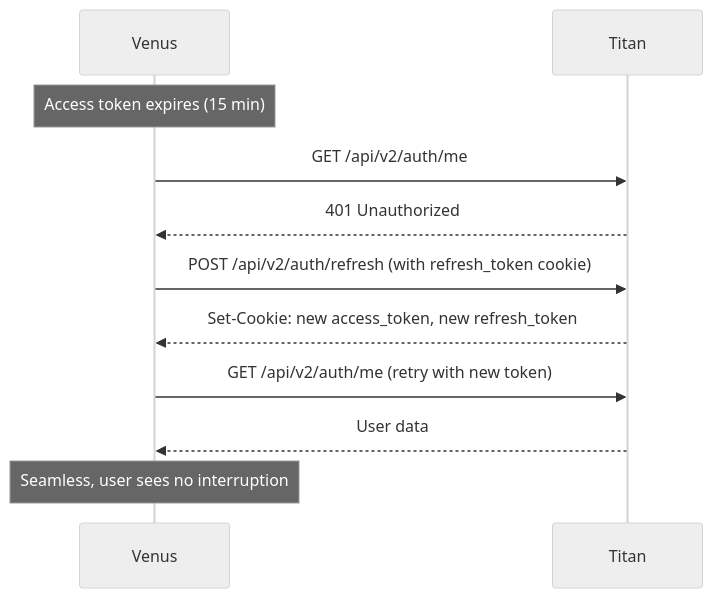
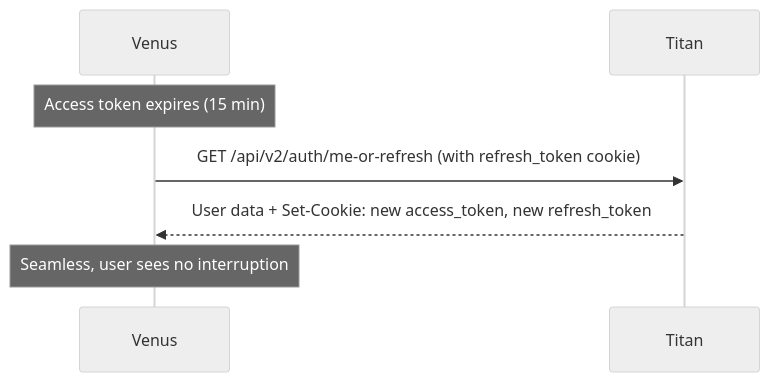
One commit to UpswitchEU/venus changed the third of 5 diagrams in docs/VENUS_AUTHENTICATION.md. Above: the diagram before and after it, drawn with Mermaid (neutral theme). The commit also changed other lines of this file and 435 other files, not shown here.

````diff
--- a/docs/VENUS_AUTHENTICATION.md
+++ b/docs/VENUS_AUTHENTICATION.md
@@ -92,15 +92,10 @@
 ```mermaid
 sequenceDiagram
     participant Venus
     participant Titan
 
     Note over Venus: Access token expires (15 min)
-    Venus->>Titan: GET /api/v2/auth/me
-    Titan-->>Venus: 401 Unauthorized
-
-    Venus->>Titan: POST /api/v2/auth/refresh (with refresh_token cookie)
-    Titan-->>Venus: Set-Cookie: new access_token, new refresh_token
-    Venus->>Titan: GET /api/v2/auth/me (retry with new token)
-    Titan-->>Venus: User data
+    Venus->>Titan: GET /api/v2/auth/me-or-refresh (with refresh_token cookie)
+    Titan-->>Venus: User data + Set-Cookie: new access_token, new refresh_token
     Note over Venus: Seamless, user sees no interruption
 ```
````
